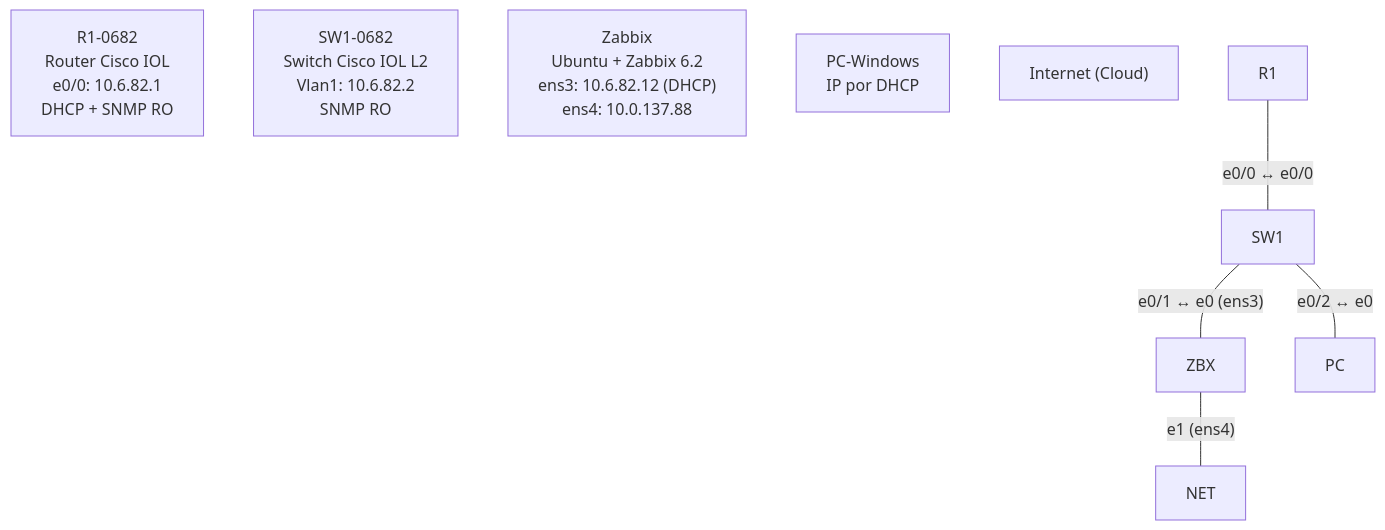
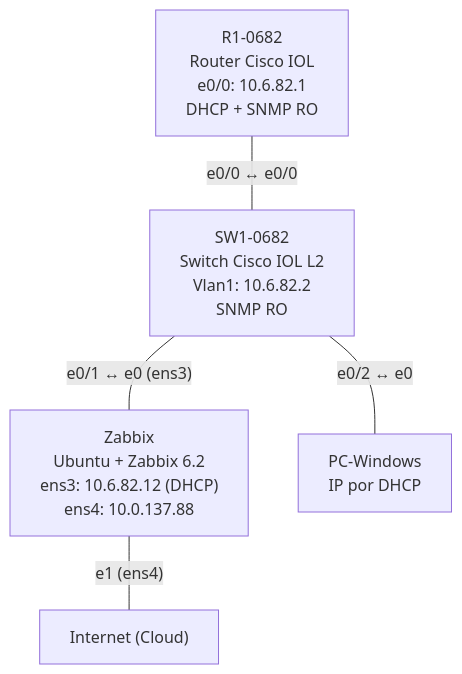
The first of 3 diagrams in README.md (MRMLD/Practica-de-Redes-Zabbix-), drawn with Mermaid before and after one commit. The commit also changed other lines of this file, not shown here.

````diff
--- a/README.md
+++ b/README.md
@@ -59,13 +47,13 @@
 ```mermaid
 graph TD
-    R1\["R1-0682<br/>Router Cisco IOL<br/>e0/0: 10.6.82.1<br/>DHCP + SNMP RO"]
-    SW1\["SW1-0682<br/>Switch Cisco IOL L2<br/>Vlan1: 10.6.82.2<br/>SNMP RO"]
-    ZBX\["Zabbix<br/>Ubuntu + Zabbix 6.2<br/>ens3: 10.6.82.12 (DHCP)<br/>ens4: 10.0.137.88"]
-    PC\["PC-Windows<br/>IP por DHCP"]
-    NET\["Internet (Cloud)"]
+    R1["R1-0682<br/>Router Cisco IOL<br/>e0/0: 10.6.82.1<br/>DHCP + SNMP RO"]
+    SW1["SW1-0682<br/>Switch Cisco IOL L2<br/>Vlan1: 10.6.82.2<br/>SNMP RO"]
+    ZBX["Zabbix<br/>Ubuntu + Zabbix 6.2<br/>ens3: 10.6.82.12 (DHCP)<br/>ens4: 10.0.137.88"]
+    PC["PC-Windows<br/>IP por DHCP"]
+    NET["Internet (Cloud)"]
 
     R1 -- "e0/0 ↔ e0/0" --- SW1
     SW1 -- "e0/1 ↔ e0 (ens3)" --- ZBX
     SW1 -- "e0/2 ↔ e0" --- PC
     ZBX -- "e1 (ens4)" --- NET
 ```
````
